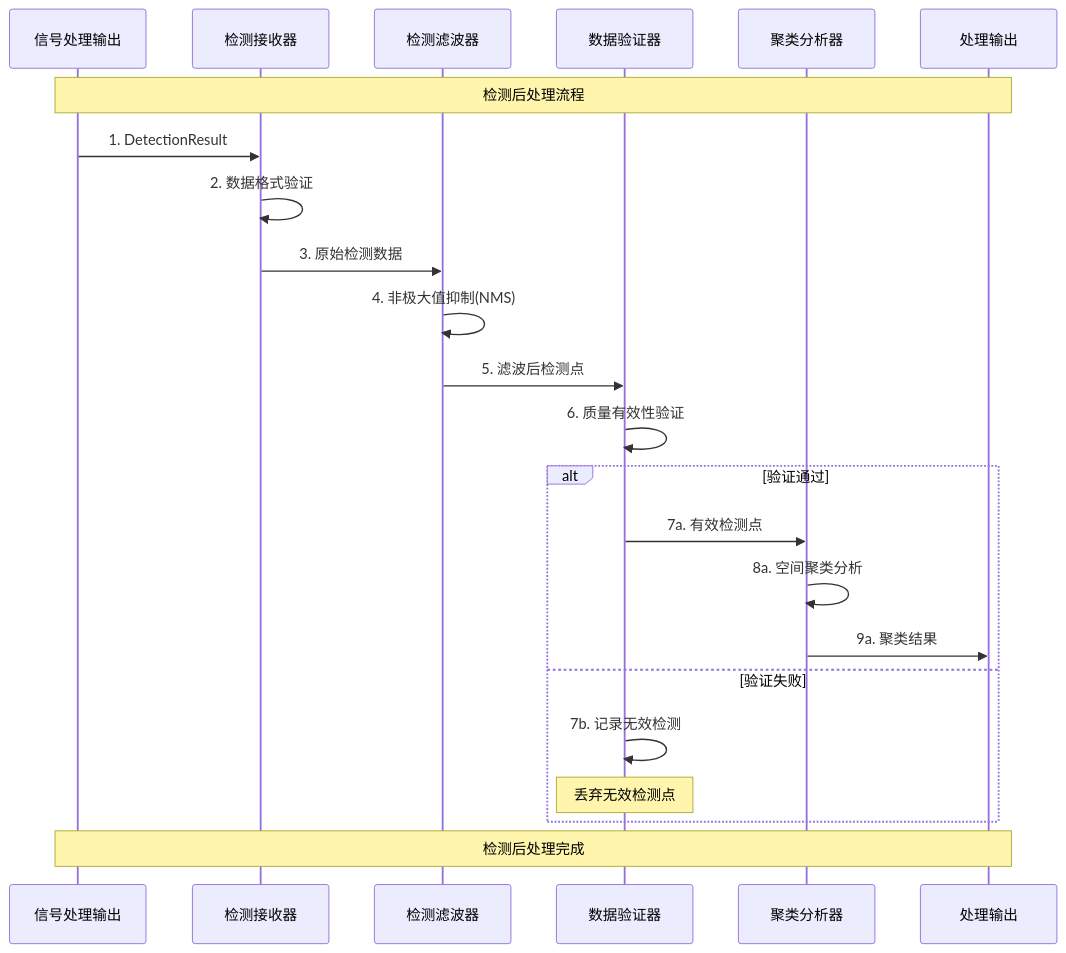
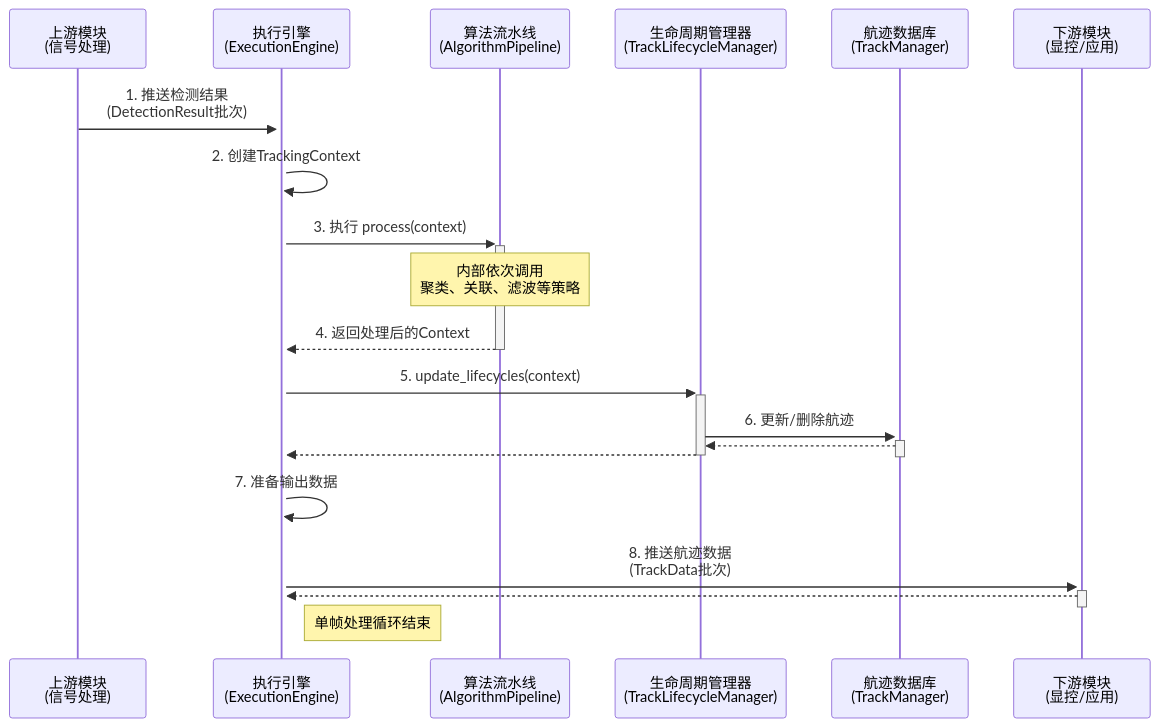
The third of 7 diagrams in docs/01_项目设计/02_模块设计/03_数据处理模块设计.md (wendizhou99-cell/Radar), drawn with Mermaid before and after one commit. The commit also changed other lines of this file and 7 other files, not shown here.

````diff
--- a/docs/01_项目设计/02_模块设计/03_数据处理模块设计.md
+++ b/docs/01_项目设计/02_模块设计/03_数据处理模块设计.md
@@ -321,30 +226,28 @@
 ```mermaid
 sequenceDiagram
-    participant Input as 信号处理输出
-    participant Receiver as 检测接收器
-    participant Filter as 检测滤波器
-    participant Validator as 数据验证器
-    participant Clusterer as 聚类分析器
-    participant Output as 处理输出
+    participant Upstream as 上游模块<br>(信号处理)
+    participant ExecEngine as 执行引擎<br>(ExecutionEngine)
+    participant AlgoPipeline as 算法流水线<br>(AlgorithmPipeline)
+    participant LifecycleMgr as 生命周期管理器<br>(TrackLifecycleManager)
+    participant TrackMgr as 航迹数据库<br>(TrackManager)
+    participant Downstream as 下游模块<br>(显控/应用)
 
-    Note over Input,Output: 检测后处理流程
+    Upstream->>+ExecEngine: 1. 推送检测结果<br>(DetectionResult批次)
+    ExecEngine->>ExecEngine: 2. 创建TrackingContext
+    ExecEngine->>+AlgoPipeline: 3. 执行 process(context)
 
-    Input->>Receiver: 1. DetectionResult
-    Receiver->>Receiver: 2. 数据格式验证
-    Receiver->>Filter: 3. 原始检测数据
+    Note over AlgoPipeline: 内部依次调用<br/>聚类、关联、滤波等策略
 
-    Filter->>Filter: 4. 非极大值抑制(NMS)
-    Filter->>Validator: 5. 滤波后检测点
+    AlgoPipeline-->>-ExecEngine: 4. 返回处理后的Context
 
-    Validator->>Validator: 6. 质量有效性验证
-    alt 验证通过
-        Validator->>Clusterer: 7a. 有效检测点
-        Clusterer->>Clusterer: 8a. 空间聚类分析
-        Clusterer->>Output: 9a. 聚类结果
-    else 验证失败
-        Validator->>Validator: 7b. 记录无效检测
-        Note over Validator: 丢弃无效检测点
-    end
+    ExecEngine->>+LifecycleMgr: 5. update_lifecycles(context)
+    LifecycleMgr->>+TrackMgr: 6. 更新/删除航迹
+    TrackMgr-->>-LifecycleMgr:
+    LifecycleMgr-->>-ExecEngine:
 
-    Note over Input,Output: 检测后处理完成
+    ExecEngine->>ExecEngine: 7. 准备输出数据
+    ExecEngine->>+Downstream: 8. 推送航迹数据<br>(TrackData批次)
+    Downstream-->>-ExecEngine:
+
+    Note right of ExecEngine: 单帧处理循环结束
 ```
````
